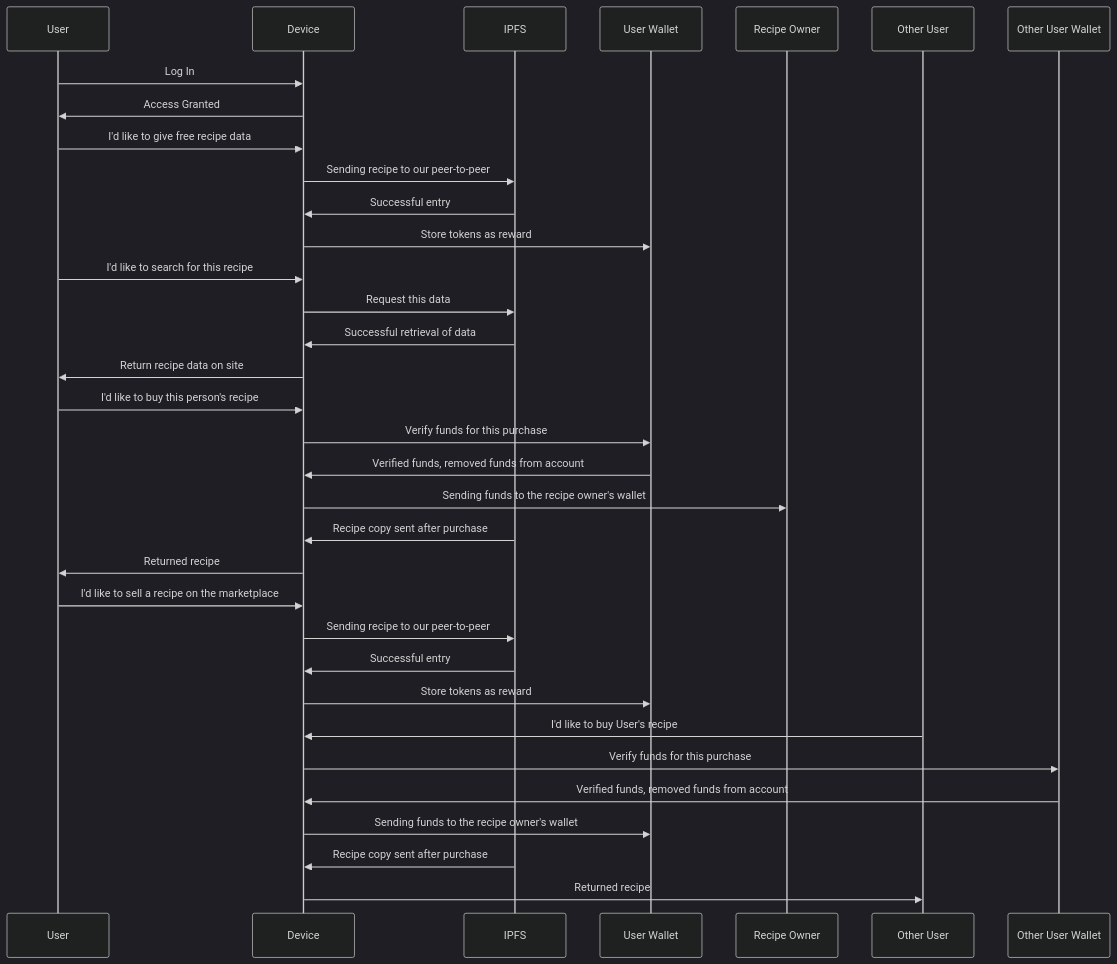
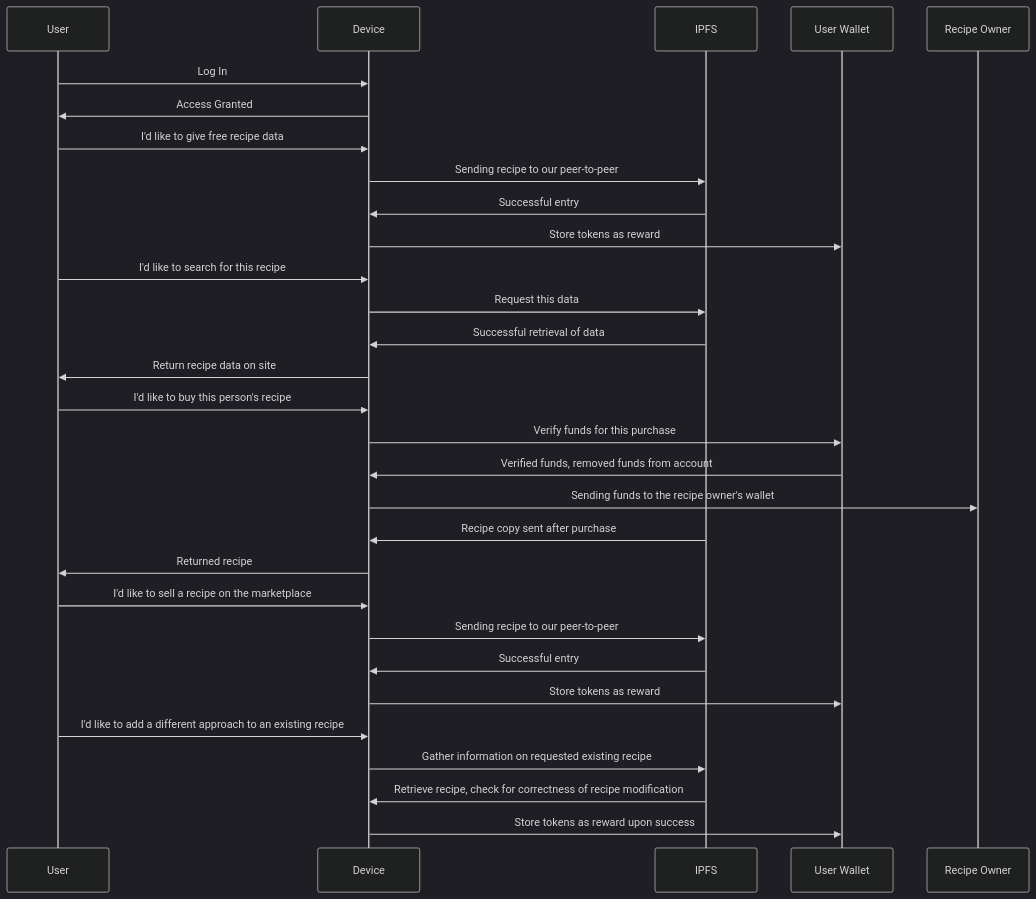
One commit to AI-and-Blockchain/F23_BakedBliss changed the diagram in README.md. Above: the diagram before and after it, drawn with Mermaid (dark theme). The commit also changed other lines of this file, not shown here.

Commit message:
Update README.md
updated with new feature: modification of recipes

````diff
--- a/README.md
+++ b/README.md
@@ -14,29 +14,27 @@
 ```mermaid
 sequenceDiagram
 User ->> Device: Log In
 Device ->> User: Access Granted
 User ->> Device: I'd like to give free recipe data
 Device ->> IPFS: Sending recipe to our peer-to-peer
 IPFS ->> Device: Successful entry
 Device ->> User Wallet: Store tokens as reward
 User ->> Device: I'd like to search for this recipe
 Device ->> IPFS: Request this data
 IPFS ->> Device: Successful retrieval of data
 Device ->> User: Return recipe data on site
 User ->> Device: I'd like to buy this person's recipe
 Device ->> User Wallet: Verify funds for this purchase
 User Wallet ->> Device: Verified funds, removed funds from account
 Device ->> Recipe Owner: Sending funds to the recipe owner's wallet
 IPFS ->> Device: Recipe copy sent after purchase
 Device ->> User: Returned recipe
 User ->> Device: I'd like to sell a recipe on the marketplace
 Device ->> IPFS: Sending recipe to our peer-to-peer
 IPFS ->> Device: Successful entry
 Device ->> User Wallet: Store tokens as reward
-Other User ->> Device: I'd like to buy User's recipe
-Device ->> Other User Wallet: Verify funds for this purchase
-Other User Wallet ->> Device: Verified funds, removed funds from account
-Device ->> User Wallet: Sending funds to the recipe owner's wallet
-IPFS ->> Device: Recipe copy sent after purchase
-Device ->> Other User: Returned recipe
+User ->> Device: I'd like to add a different approach to an existing recipe
+Device ->> IPFS: Gather information on requested existing recipe
+IPFS ->> Device: Retrieve recipe, check for correctness of recipe modification
+Device ->> User Wallet: Store tokens as reward upon success
 ```
````
